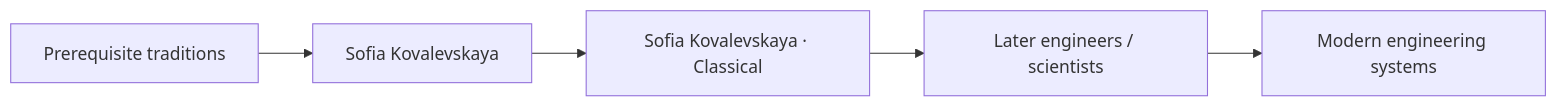
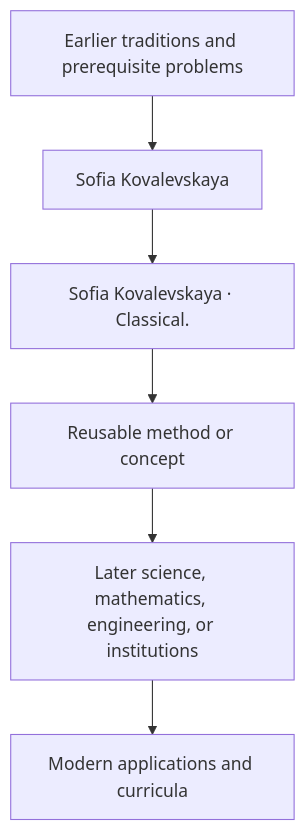
The diagram in docs/history/sofia-kovalevskaya/influence.md (via-decide/ViaLogic), drawn with Mermaid before and after one commit. The commit also changed other lines of this file and 858 other files, not shown here.

````diff
--- a/docs/history/sofia-kovalevskaya/influence.md
+++ b/docs/history/sofia-kovalevskaya/influence.md
@@ -29,7 +16,8 @@
 ```mermaid
-graph LR
-  prerequisites["Prerequisite traditions"] --> current["Sofia Kovalevskaya"]
-  current --> contribution["Sofia Kovalevskaya · Classical"]
-  contribution --> successors["Later engineers / scientists"]
-  successors --> modern["Modern engineering systems"]
+graph TD
+  Prior[Earlier traditions and prerequisite problems] --> Person[Sofia Kovalevskaya]
+  Person --> Contribution[Sofia Kovalevskaya · Classical.]
+  Contribution --> Method[Reusable method or concept]
+  Method --> Later[Later science, mathematics, engineering, or institutions]
+  Later --> Modern[Modern applications and curricula]
 ```
````
